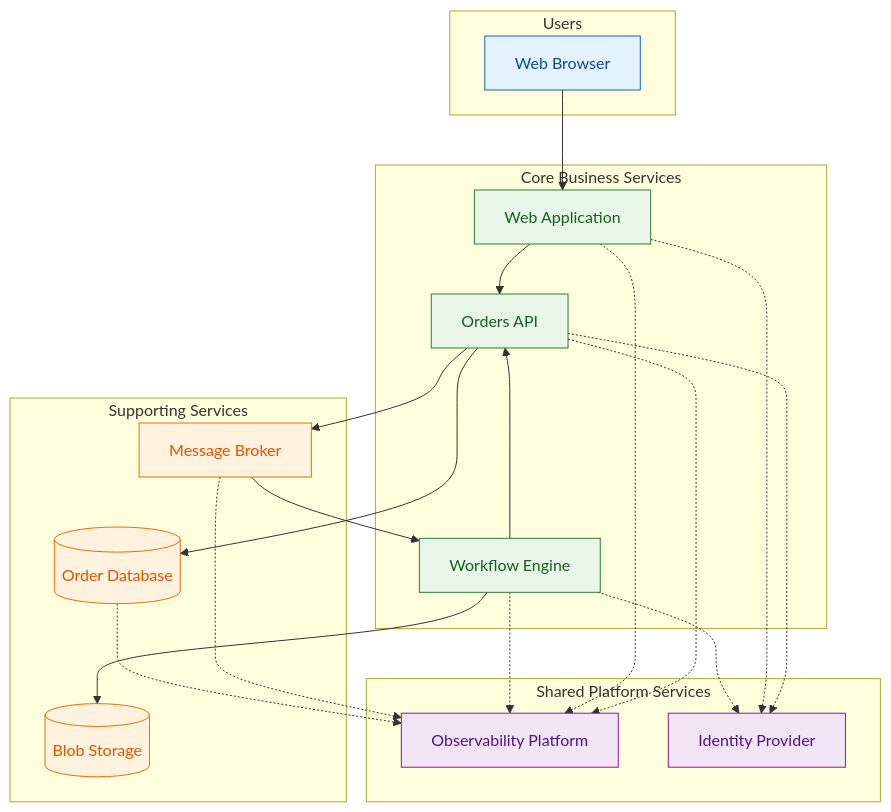
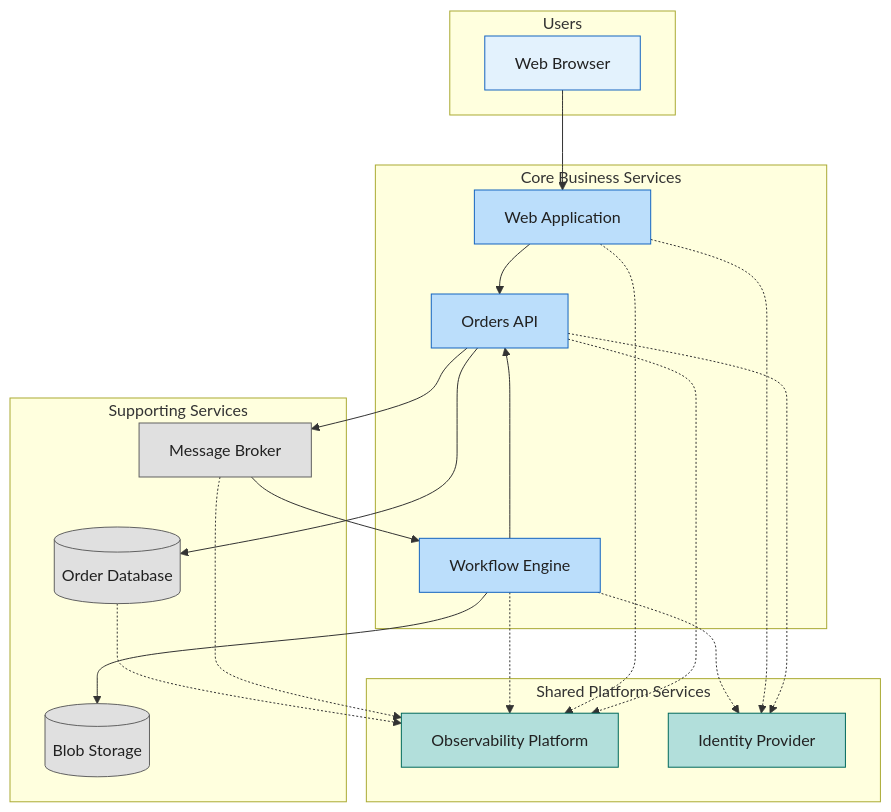
One commit to Evilazaro/Azure-LogicApps-Monitoring changed the diagram in docs/architecture/README.md. Above: the diagram before and after it, drawn with Mermaid. The commit also changed 2 other files, not shown here.

Commit message:
Refactor architecture diagrams for consistent color scheme and improved readability

````diff
--- a/docs/architecture/README.md
+++ b/docs/architecture/README.md
@@ -27,51 +27,51 @@
 ```mermaid
 flowchart TD
     subgraph Users["Users"]
         U1[Web Browser]
     end
 
     subgraph Core["Core Business Services"]
         WEB[Web Application]
         API[Orders API]
         WF[Workflow Engine]
     end
 
     subgraph Supporting["Supporting Services"]
         MSG[Message Broker]
         DB[(Order Database)]
         STORE[(Blob Storage)]
     end
 
     subgraph Shared["Shared Platform Services"]
         OBS[Observability Platform]
         ID[Identity Provider]
     end
 
     U1 --> WEB
     WEB --> API
     API --> DB
     API --> MSG
     MSG --> WF
     WF --> API
     WF --> STORE
 
     API -.-> OBS
     WEB -.-> OBS
     WF -.-> OBS
     MSG -.-> OBS
     DB -.-> OBS
 
     API -.-> ID
     WEB -.-> ID
     WF -.-> ID
 
-    classDef users fill:#E3F2FD,stroke:#1565C0,color:#0D47A1
-    classDef core fill:#E8F5E9,stroke:#2E7D32,color:#1B5E20
-    classDef supporting fill:#FFF3E0,stroke:#EF6C00,color:#E65100
-    classDef shared fill:#F3E5F5,stroke:#7B1FA2,color:#4A148C
+    classDef users fill:#E3F2FD,stroke:#1565C0,color:#212121
+    classDef core fill:#BBDEFB,stroke:#1565C0,color:#212121
+    classDef supporting fill:#E0E0E0,stroke:#616161,color:#212121
+    classDef shared fill:#B2DFDB,stroke:#00695C,color:#212121
 
     class U1 users
     class WEB,API,WF core
     class MSG,DB,STORE supporting
     class OBS,ID shared
 ```
````
